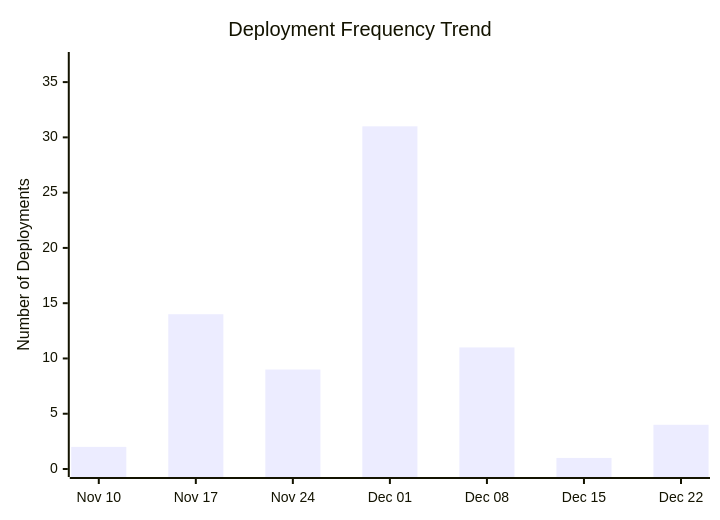
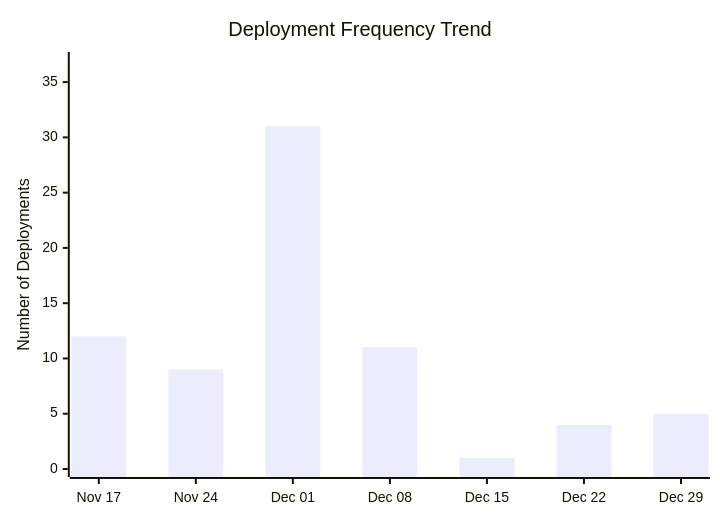
The third of 4 diagrams in docs/ci-cd/dora-summary.md (ukma-cs-ssdm-2025/rate-ukma), drawn with Mermaid before and after one commit. The commit also changed other lines of this file, not shown here.

````diff
--- a/docs/ci-cd/dora-summary.md
+++ b/docs/ci-cd/dora-summary.md
@@ -49,7 +50,7 @@
 ```mermaid
 xychart-beta
     title "Deployment Frequency Trend"
-    x-axis ["Nov 10", "Nov 17", "Nov 24", "Dec 01", "Dec 08", "Dec 15", "Dec 22"]
+    x-axis ["Nov 17", "Nov 24", "Dec 01", "Dec 08", "Dec 15", "Dec 22", "Dec 29"]
     y-axis "Number of Deployments" 0 --> 37
-    bar [2.00, 14.00, 9.00, 31.00, 11.00, 1.00, 4.00]
+    bar [12.00, 9.00, 31.00, 11.00, 1.00, 4.00, 5.00]
 ```
````
